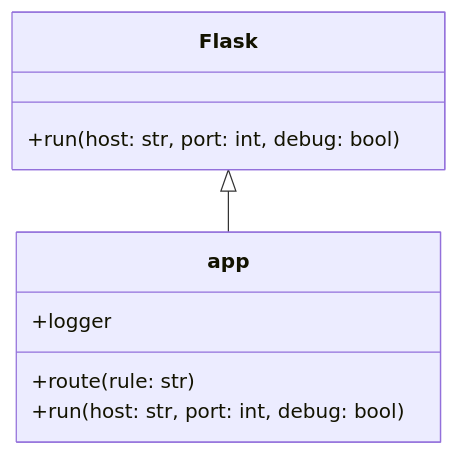
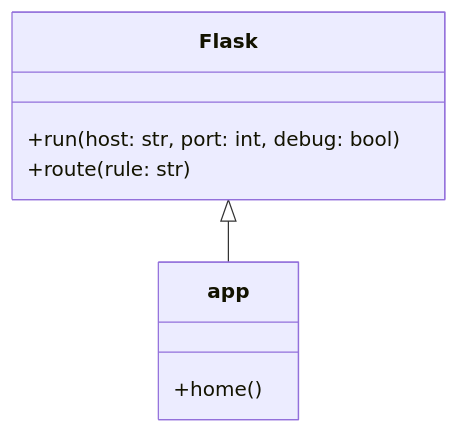
One commit to ashwanth01-pixel/flaskapp changed the second of 3 diagrams in DESIGN.md. Above: the diagram before and after it, drawn with Mermaid. The commit also changed other lines of this file and 2 other files, not shown here.

Commit message:
Automated: Add repo analysis, fixes, UML, and design diagram

````diff
--- a/DESIGN.md
+++ b/DESIGN.md
@@ -42,12 +37,11 @@
 ```mermaid
 classDiagram
     class Flask {
         +run(host: str, port: int, debug: bool)
+        +route(rule: str)
     }
     class app {
-        +route(rule: str)
-        +logger
-        +run(host: str, port: int, debug: bool)
+        +home()
     }
     Flask <|-- app
 ```
````
